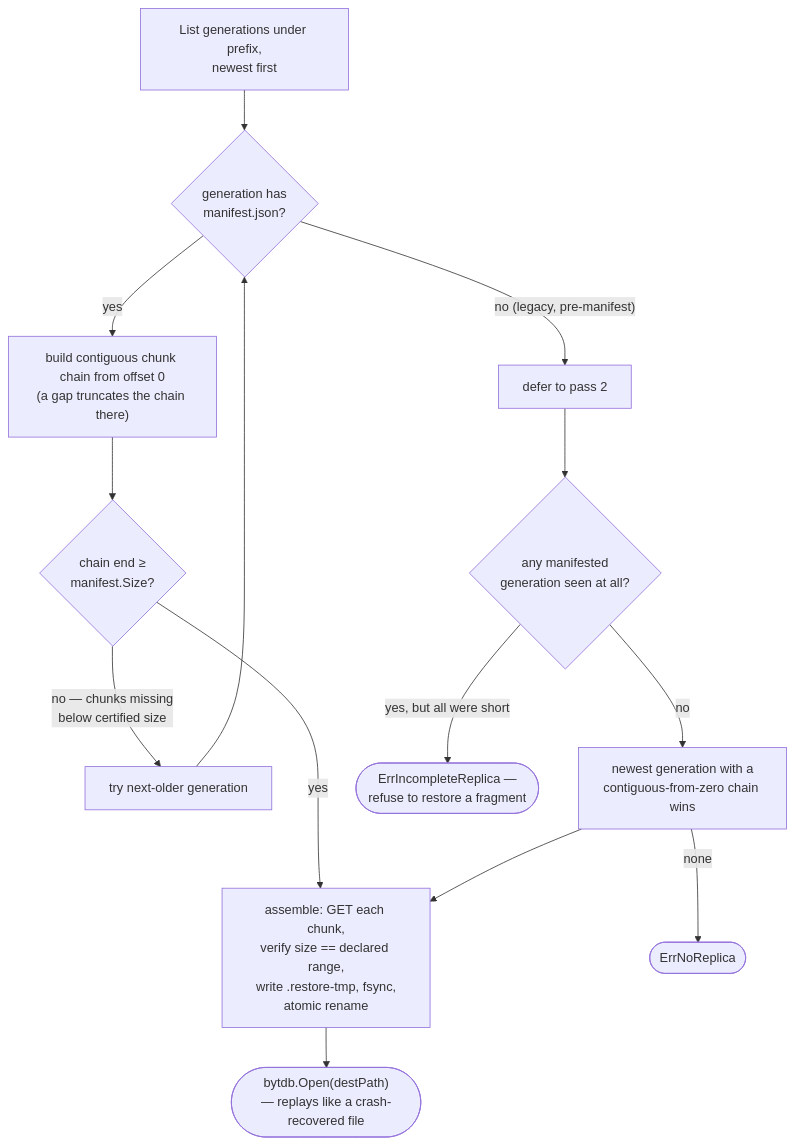
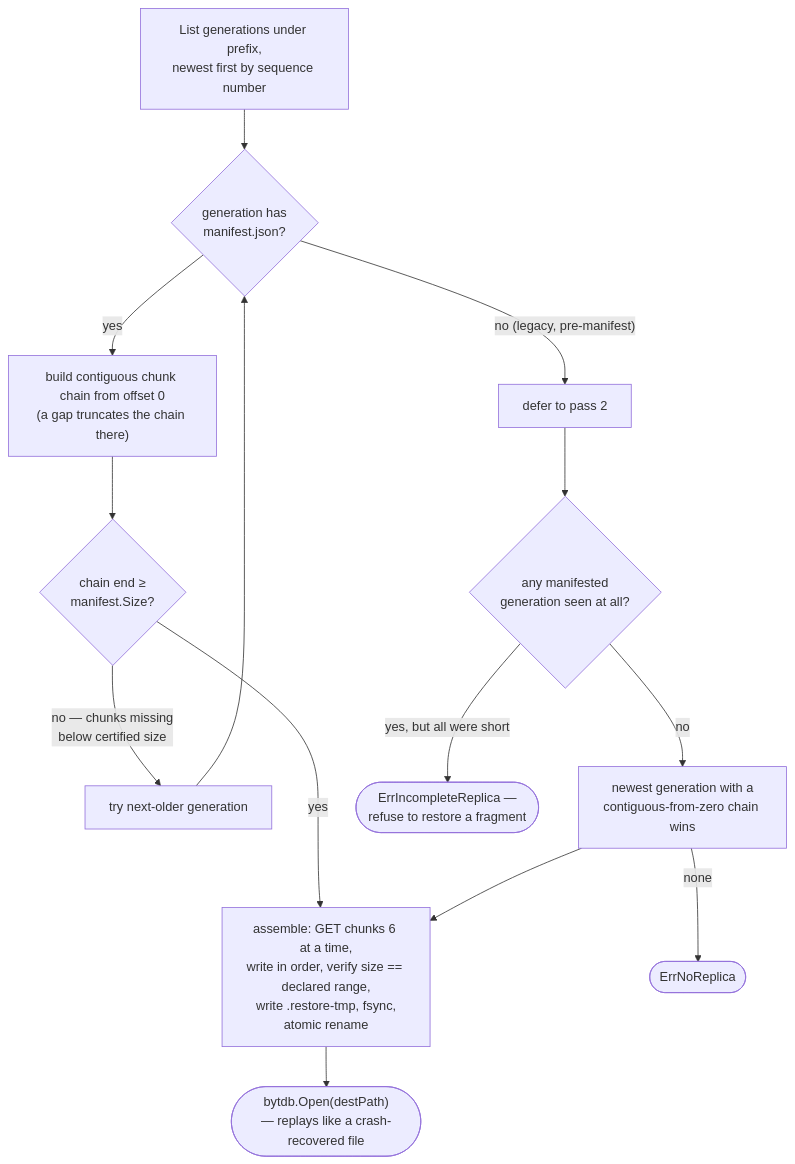
One commit to rohanthewiz/bytdb changed the fourth of 4 diagrams in docs/replication.md. Above: the diagram before and after it, drawn with Mermaid. The commit also changed other lines of this file and 9 other files, not shown here.

````diff
--- a/docs/replication.md
+++ b/docs/replication.md
@@ -184,15 +255,15 @@
 ```mermaid
 flowchart TD
-    list[List generations under prefix,<br/>newest first] --> pass1{generation has<br/>manifest.json?}
+    list[List generations under prefix,<br/>newest first by sequence number] --> pass1{generation has<br/>manifest.json?}
     pass1 -- yes --> chain["build contiguous chunk chain from offset 0<br/>(a gap truncates the chain there)"]
     chain --> complete{"chain end ≥<br/>manifest.Size?"}
-    complete -- yes --> asm[assemble: GET each chunk,<br/>verify size == declared range,<br/>write .restore-tmp, fsync,<br/>atomic rename]
+    complete -- yes --> asm[assemble: GET chunks 6 at a time,<br/>write in order, verify size == declared range,<br/>write .restore-tmp, fsync,<br/>atomic rename]
     complete -- "no — chunks missing<br/>below certified size" --> nextGen[try next-older generation]
     pass1 -- "no (legacy, pre-manifest)" --> defer2[defer to pass 2]
     nextGen --> pass1
     defer2 --> pass2{any manifested<br/>generation seen at all?}
     pass2 -- no --> legacy[newest generation with a<br/>contiguous-from-zero chain wins] --> asm
     pass2 -- "yes, but all were short" --> incomplete([ErrIncompleteReplica —<br/>refuse to restore a fragment])
     legacy -- none --> none([ErrNoReplica])
     asm --> open(["bytdb.Open(destPath)<br/>— replays like a crash-recovered file"])
 ```
````
